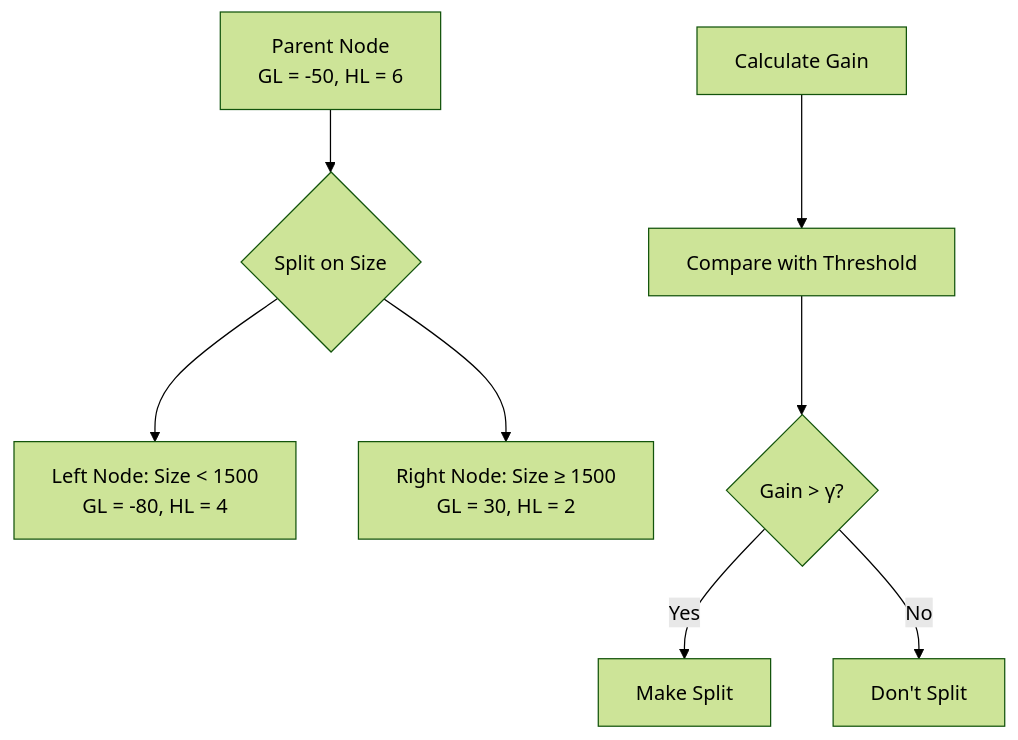
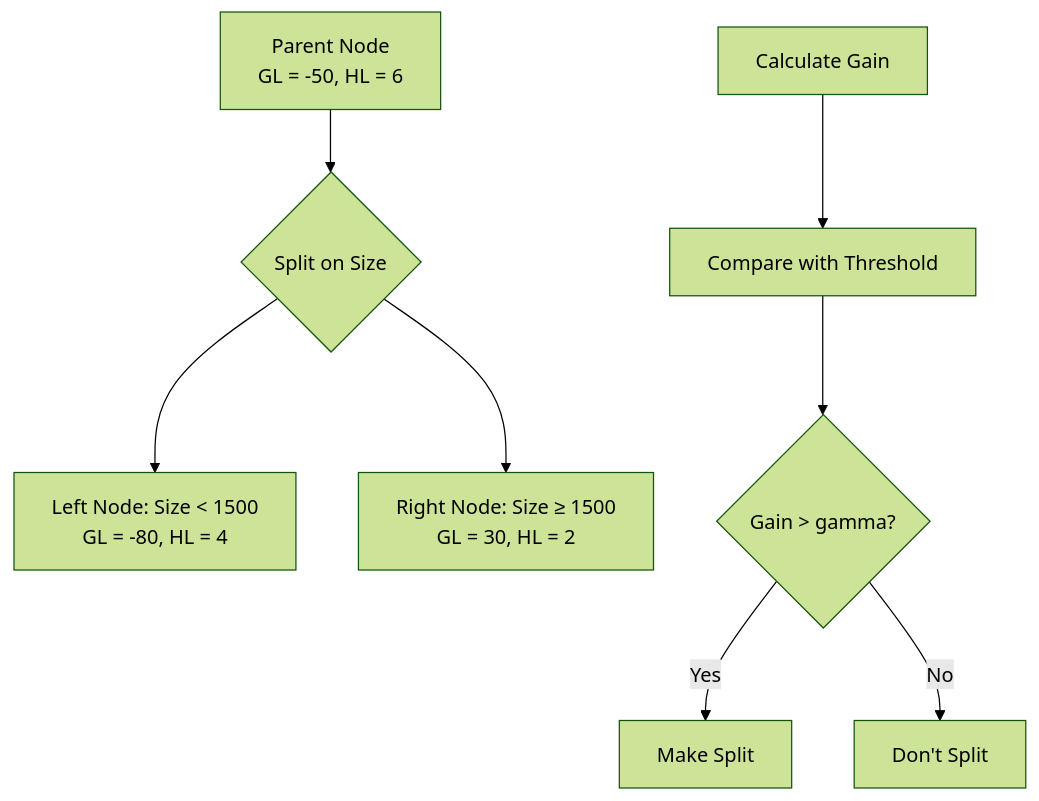
One commit to nishant-iith/Learning-AI-ML changed the second of 3 diagrams in ML Revision/23-XGBoost-Regressor.md. Above: the diagram before and after it, drawn with Mermaid (forest theme). The commit also changed other lines of this file and 23 other files, not shown here.

First line of the commit message:
Fix Mermaid diagrams with proper node text quoting

````diff
--- a/ML Revision/23-XGBoost-Regressor.md
+++ b/ML Revision/23-XGBoost-Regressor.md
@@ -144,11 +144,11 @@
 ```mermaid
-graph TD
-    A[Parent Node<br/>GL = -50, HL = 6] --> B{Split on Size}
-    B --> C[Left Node: Size < 1500<br/>GL = -80, HL = 4]
-    B --> D[Right Node: Size ≥ 1500<br/>GL = 30, HL = 2]
+flowchart TD
+    A["Parent Node<br/>GL = -50, HL = 6"] --> B{"Split on Size"}
+    B --> C["Left Node: Size < 1500<br/>GL = -80, HL = 4"]
+    B --> D["Right Node: Size ≥ 1500<br/>GL = 30, HL = 2"]
 
-    E[Calculate Gain] --> F[Compare with Threshold]
-    F --> G{Gain > γ?}
-    G -->|Yes| H[Make Split]
-    G -->|No| I[Don't Split]
+    E["Calculate Gain"] --> F["Compare with Threshold"]
+    F --> G{"Gain > gamma?"}
+    G -->|Yes| H["Make Split"]
+    G -->|No| I["Don't Split"]
 ```
````
